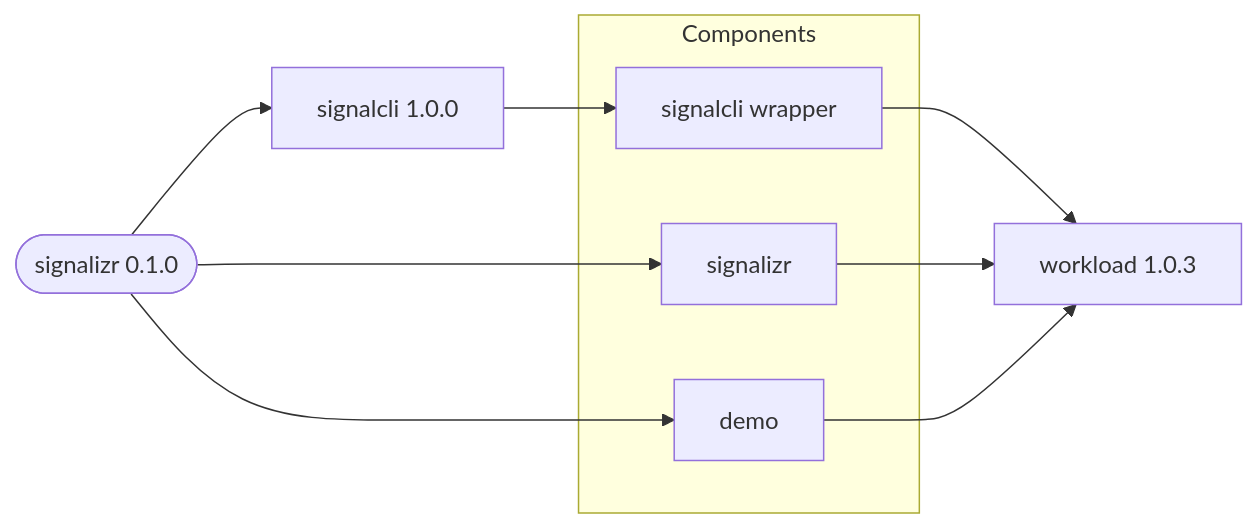
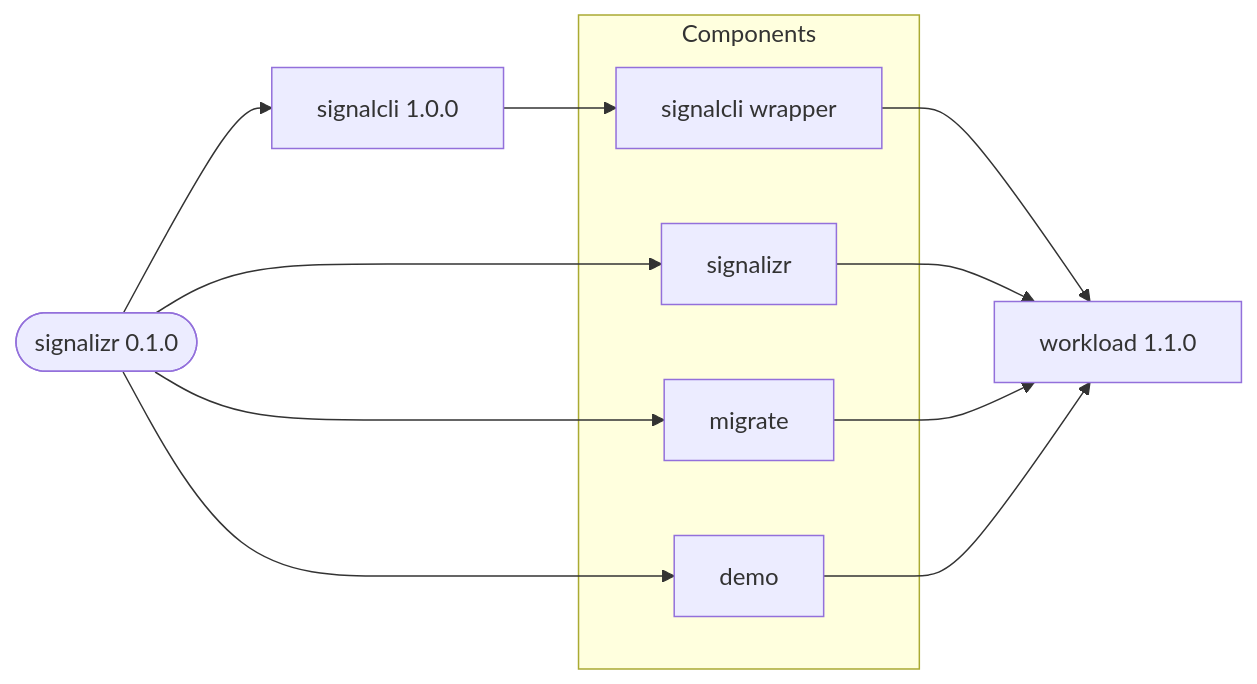
The diagram in charts/signalizr/README.md (f2calv/signalizr), drawn with Mermaid before and after one commit. The commit also changed other lines of this file and 14 other files, not shown here.

First line of the commit message:
feat(charts): package durable observability

````diff
--- a/charts/signalizr/README.md
+++ b/charts/signalizr/README.md
@@ -9,16 +10,17 @@
 ```mermaid
 graph LR
   SignalizrChart([signalizr 0.1.0])
   SignalCliChart[signalcli 1.0.0]
-  Workload[workload 1.0.3]
+  Workload[workload 1.1.0]
 
   subgraph Components[Components]
     SignalCli[signalcli wrapper]
     Gateway[signalizr]
+    Migrator[migrate]
     Demo[demo]
   end
 
-  SignalizrChart --> SignalCliChart & Gateway & Demo
+  SignalizrChart --> SignalCliChart & Gateway & Migrator & Demo
   SignalCliChart --> SignalCli
-  SignalCli & Gateway & Demo --> Workload
+  SignalCli & Gateway & Migrator & Demo --> Workload
 ```
````
